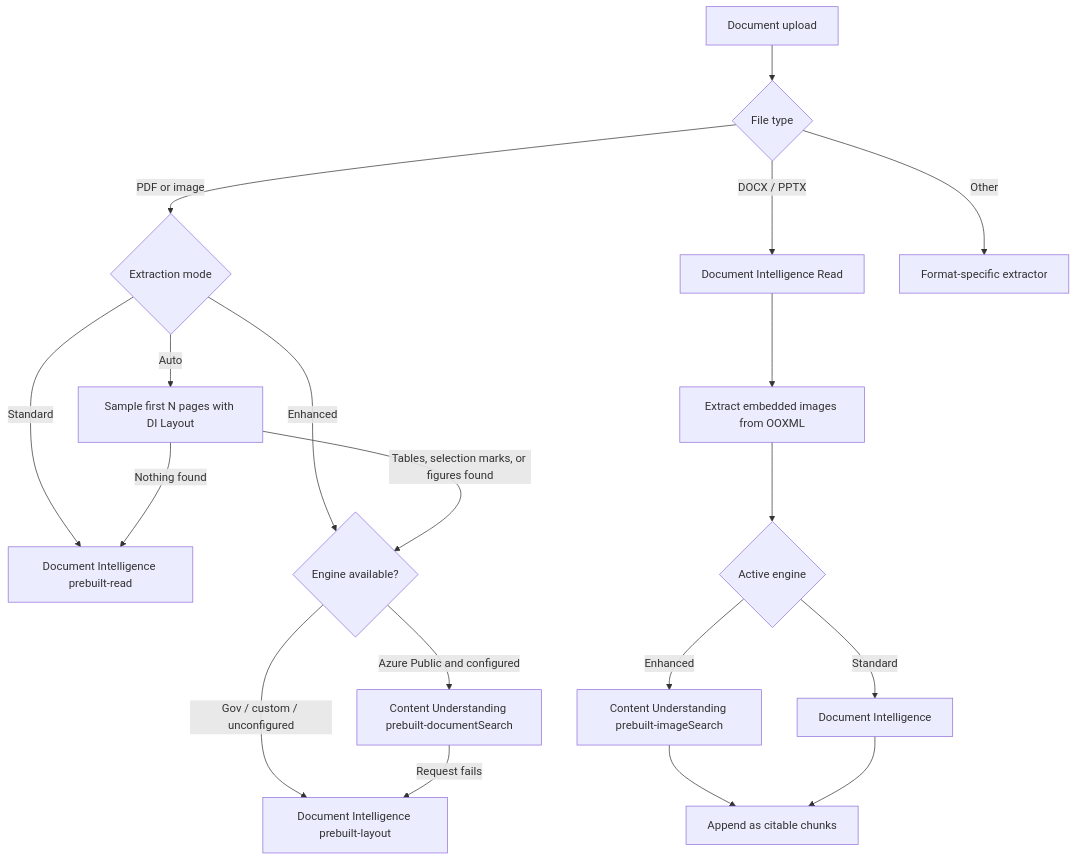
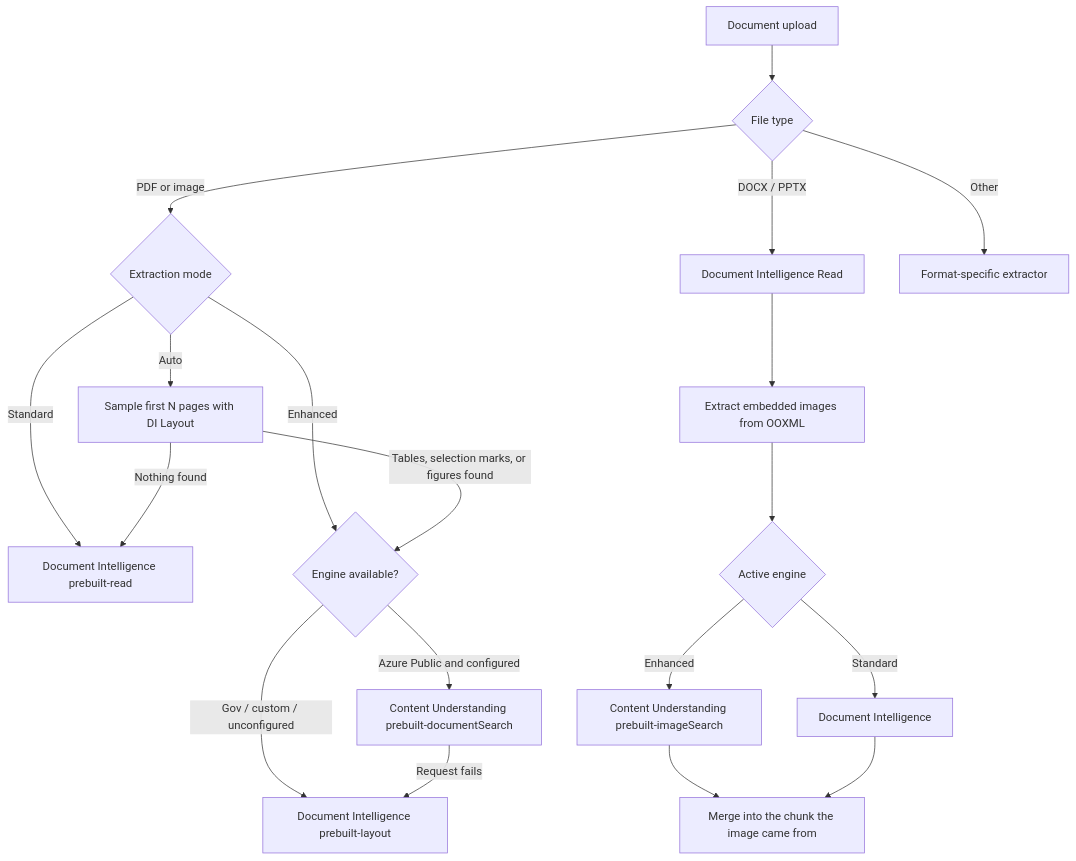
One commit to microsoft/simplechat changed the diagram in docs/explanation/features/CONTENT_UNDERSTANDING_ENHANCED_EXTRACTION.md. Above: the diagram before and after it, drawn with Mermaid. The commit also changed other lines of this file and 5 other files, not shown here.

First line of the commit message:
Keep figures in the chunk they came from

````diff
--- a/docs/explanation/features/CONTENT_UNDERSTANDING_ENHANCED_EXTRACTION.md
+++ b/docs/explanation/features/CONTENT_UNDERSTANDING_ENHANCED_EXTRACTION.md
@@ -31,25 +31,25 @@
 ```mermaid
 flowchart TD
     A[Document upload] --> B{File type}
     B -->|PDF or image| C{Extraction mode}
     B -->|DOCX / PPTX| H[Document Intelligence Read]
     B -->|Other| I[Format-specific extractor]
 
     C -->|Standard| D[Document Intelligence prebuilt-read]
     C -->|Auto| E[Sample first N pages with DI Layout]
     C -->|Enhanced| F{Engine available?}
 
     E -->|Tables, selection marks, or figures found| F
     E -->|Nothing found| D
 
     F -->|Azure Public and configured| G[Content Understanding prebuilt-documentSearch]
     F -->|Gov / custom / unconfigured| J[Document Intelligence prebuilt-layout]
     G -->|Request fails| J
 
     H --> K[Extract embedded images from OOXML]
     K --> L{Active engine}
     L -->|Enhanced| M[Content Understanding prebuilt-imageSearch]
     L -->|Standard| N[Document Intelligence]
-    M --> O[Append as citable chunks]
+    M --> O[Merge into the chunk the image came from]
     N --> O
 ```
````
